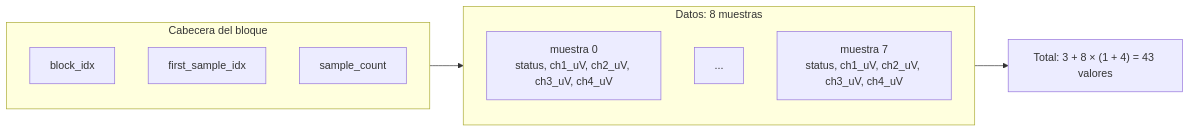
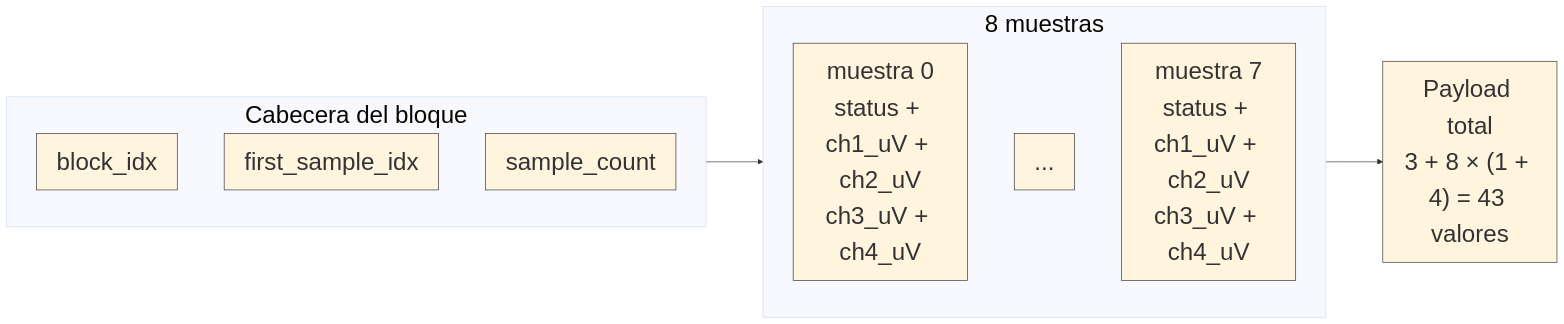
The diagram in TFG_EEG_MIDI/images/uml/impl_payload_eeg_block_uv.mmd (valtorresm97/REDACCION-TFG), drawn with Mermaid before and after one commit. The commit also changed 8 other files, not shown here.

```diff
--- a/TFG_EEG_MIDI/images/uml/impl_payload_eeg_block_uv.mmd
+++ b/TFG_EEG_MIDI/images/uml/impl_payload_eeg_block_uv.mmd
@@ -1,16 +1,21 @@
+%%{init: {"theme": "base", "themeVariables": {"fontSize": "36px", "fontFamily": "Arial", "primaryBorderColor": "#333333", "lineColor": "#333333"}, "flowchart": {"htmlLabels": true, "nodeSpacing": 70, "rankSpacing": 85, "curve": "basis"}}}%%
 flowchart LR
-  subgraph header["Cabecera del bloque"]
-    h1["block_idx"]
-    h2["first_sample_idx"]
-    h3["sample_count"]
-  end
 
-  subgraph samples["Datos: 8 muestras"]
-    s0["muestra 0<br/>status, ch1_uV, ch2_uV, ch3_uV, ch4_uV"]
-    s1["..."]
-    s7["muestra 7<br/>status, ch1_uV, ch2_uV, ch3_uV, ch4_uV"]
-  end
+subgraph header["Cabecera del bloque"]
+direction TB
+h1["block_idx"]
+h2["first_sample_idx"]
+h3["sample_count"]
+end
 
-  header --> samples
-  total["Total: 3 + 8 × (1 + 4) = 43 valores"]
-  samples --> total
+subgraph samples["8 muestras"]
+direction TB
+s0["muestra 0<br/>status + ch1_uV + ch2_uV<br/>ch3_uV + ch4_uV"]
+s1["..."]
+s7["muestra 7<br/>status + ch1_uV + ch2_uV<br/>ch3_uV + ch4_uV"]
+end
+
+total["Payload total<br/>3 + 8 × (1 + 4) = 43 valores"]
+
+header --> samples
+samples --> total
```
